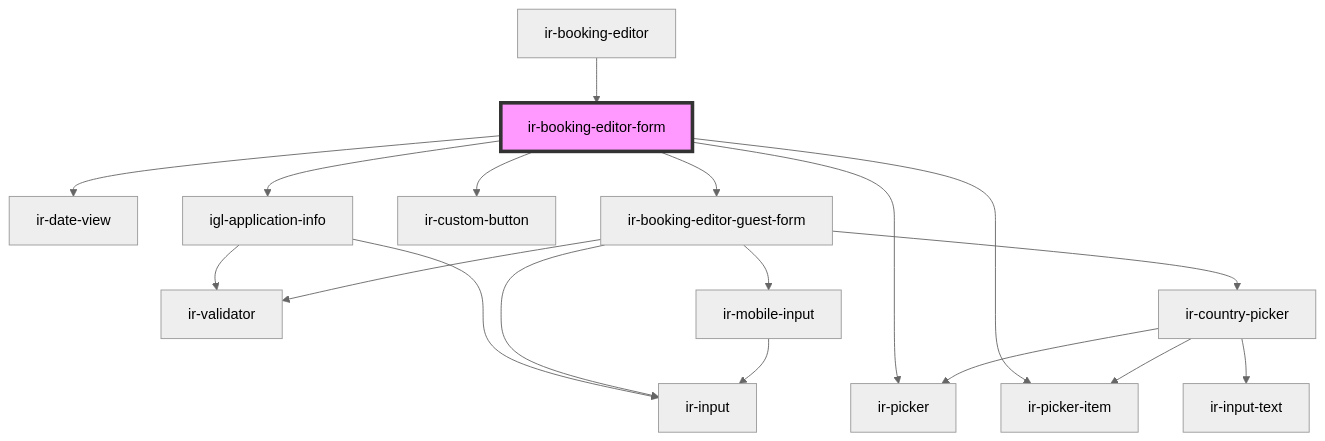
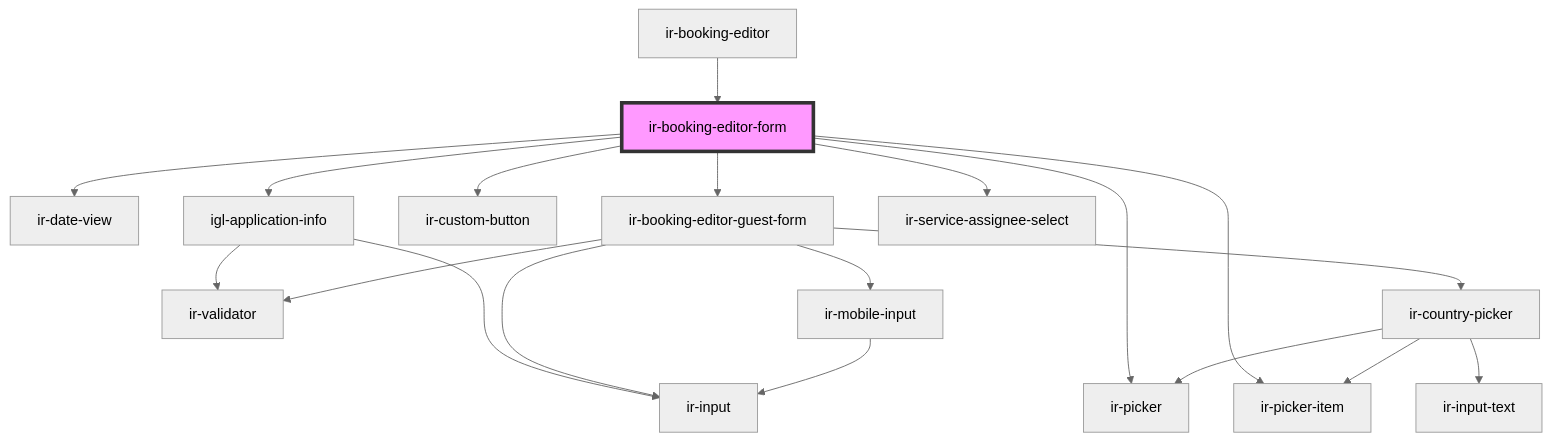
One commit to RonyRizk/ir-webcmp changed the diagram in src/components/igloo-calendar/ir-booking-editor/ir-booking-editor-form/readme.md. Above: the diagram before and after it, drawn with Mermaid (neutral theme). The commit also changed other lines of this file and 586 other files, not shown here.

````diff
--- a/src/components/igloo-calendar/ir-booking-editor/ir-booking-editor-form/readme.md
+++ b/src/components/igloo-calendar/ir-booking-editor/ir-booking-editor-form/readme.md
@@ -39,21 +42,22 @@
 ```mermaid
 graph TD;
   ir-booking-editor-form --> ir-date-view
   ir-booking-editor-form --> igl-application-info
   ir-booking-editor-form --> ir-picker
   ir-booking-editor-form --> ir-picker-item
   ir-booking-editor-form --> ir-custom-button
   ir-booking-editor-form --> ir-booking-editor-guest-form
+  ir-booking-editor-form --> ir-service-assignee-select
   igl-application-info --> ir-validator
   igl-application-info --> ir-input
   ir-booking-editor-guest-form --> ir-input
   ir-booking-editor-guest-form --> ir-validator
   ir-booking-editor-guest-form --> ir-country-picker
   ir-booking-editor-guest-form --> ir-mobile-input
   ir-country-picker --> ir-picker
   ir-country-picker --> ir-picker-item
   ir-country-picker --> ir-input-text
   ir-mobile-input --> ir-input
   ir-booking-editor --> ir-booking-editor-form
   style ir-booking-editor-form fill:#f9f,stroke:#333,stroke-width:4px
 ```
````
